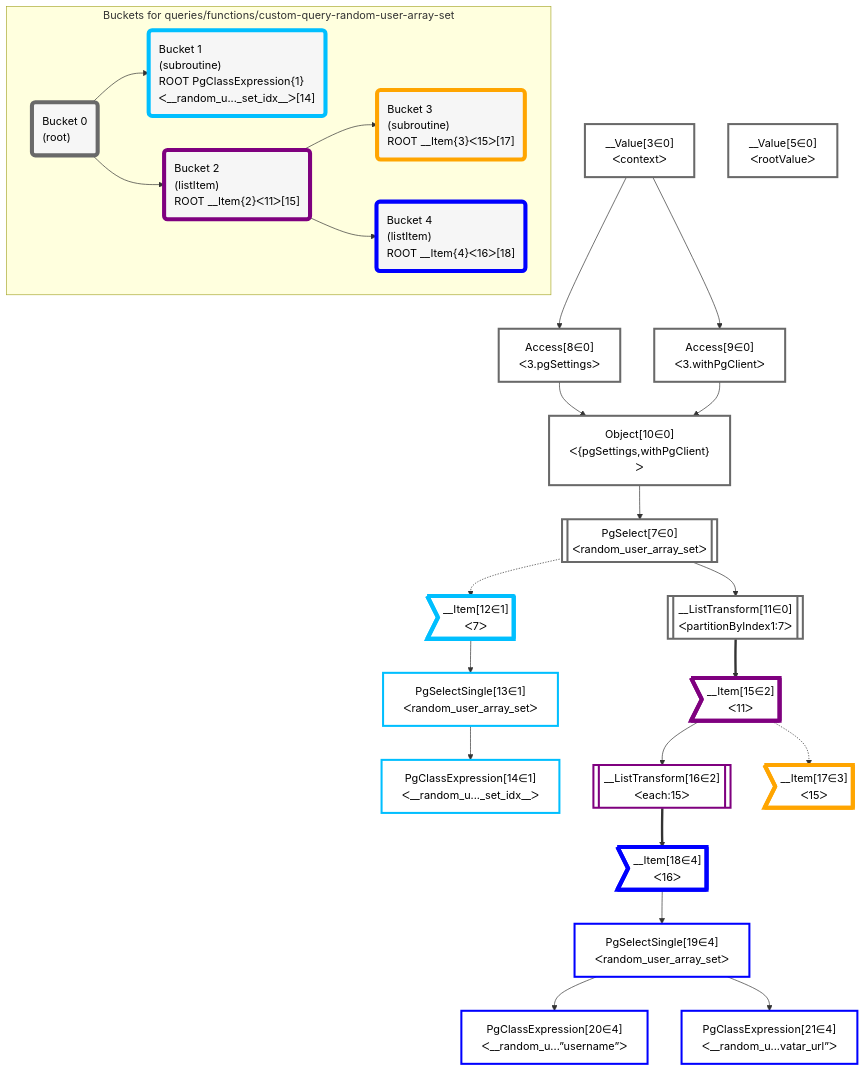
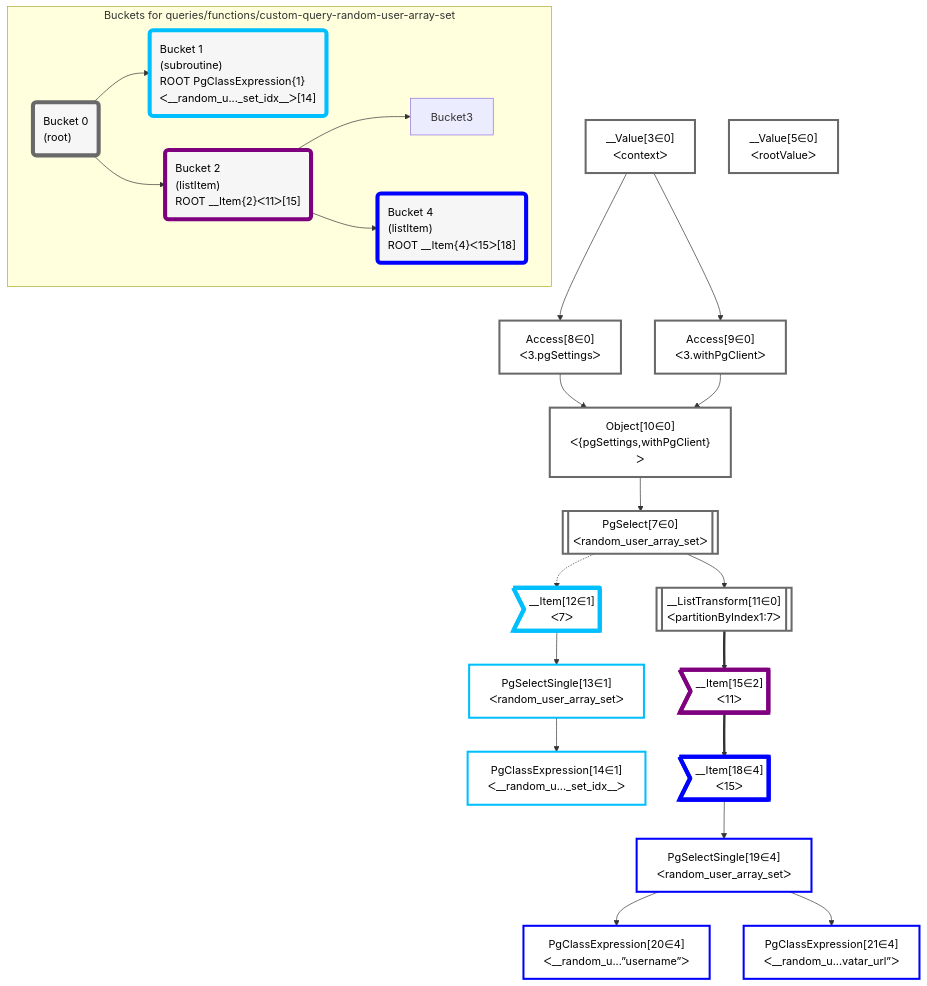
The diagram in grafast/dataplan-pg/__tests__/queries/functions/custom-query-random-user-array-set.mermaid (graphile/crystal), drawn with Mermaid before and after one commit. The commit also changed 4 other files, not shown here.

```diff
--- a/grafast/dataplan-pg/__tests__/queries/functions/custom-query-random-user-array-set.mermaid
+++ b/grafast/dataplan-pg/__tests__/queries/functions/custom-query-random-user-array-set.mermaid
@@ -1,63 +1,56 @@
 graph TD
     classDef path fill:#eee,stroke:#000,color:#000
     classDef plan fill:#fff,stroke-width:3px,color:#000
     classDef itemplan fill:#fff,stroke-width:6px,color:#000
     classDef sideeffectplan fill:#f00,stroke-width:6px,color:#000
     classDef bucket fill:#f6f6f6,color:#000,stroke-width:6px,text-align:left
 
 
     %% define steps
     __Value3["__Value[3∈0]<br />ᐸcontextᐳ"]:::plan
     __Value5["__Value[5∈0]<br />ᐸrootValueᐳ"]:::plan
     Access8["Access[8∈0]<br />ᐸ3.pgSettingsᐳ"]:::plan
     Access9["Access[9∈0]<br />ᐸ3.withPgClientᐳ"]:::plan
     Object10["Object[10∈0]<br />ᐸ{pgSettings,withPgClient}ᐳ"]:::plan
     PgSelect7[["PgSelect[7∈0]<br />ᐸrandom_user_array_setᐳ"]]:::plan
     __ListTransform11[["__ListTransform[11∈0]<br />ᐸpartitionByIndex1:7ᐳ"]]:::plan
     __Item12>"__Item[12∈1]<br />ᐸ7ᐳ"]:::itemplan
     PgSelectSingle13["PgSelectSingle[13∈1]<br />ᐸrandom_user_array_setᐳ"]:::plan
     PgClassExpression14["PgClassExpression[14∈1]<br />ᐸ__random_u..._set_idx__ᐳ"]:::plan
     __Item15>"__Item[15∈2]<br />ᐸ11ᐳ"]:::itemplan
-    __ListTransform16[["__ListTransform[16∈2]<br />ᐸeach:15ᐳ"]]:::plan
-    __Item17>"__Item[17∈3]<br />ᐸ15ᐳ"]:::itemplan
-    __Item18>"__Item[18∈4]<br />ᐸ16ᐳ"]:::itemplan
+    __Item18>"__Item[18∈4]<br />ᐸ15ᐳ"]:::itemplan
     PgSelectSingle19["PgSelectSingle[19∈4]<br />ᐸrandom_user_array_setᐳ"]:::plan
     PgClassExpression20["PgClassExpression[20∈4]<br />ᐸ__random_u...”username”ᐳ"]:::plan
     PgClassExpression21["PgClassExpression[21∈4]<br />ᐸ__random_u...vatar_url”ᐳ"]:::plan
 
     %% plan dependencies
     __Value3 --> Access8
     __Value3 --> Access9
     Access8 & Access9 --> Object10
     Object10 --> PgSelect7
     PgSelect7 --> __ListTransform11
     PgSelect7 -.-> __Item12
     __Item12 --> PgSelectSingle13
     PgSelectSingle13 --> PgClassExpression14
     __ListTransform11 ==> __Item15
-    __Item15 --> __ListTransform16
-    __Item15 -.-> __Item17
-    __ListTransform16 ==> __Item18
+    __Item15 ==> __Item18
     __Item18 --> PgSelectSingle19
     PgSelectSingle19 --> PgClassExpression20
     PgSelectSingle19 --> PgClassExpression21
 
     subgraph "Buckets for queries/functions/custom-query-random-user-array-set"
     Bucket0("Bucket 0<br />(root)"):::bucket
     classDef bucket0 stroke:#696969
     class Bucket0,__Value3,__Value5,PgSelect7,Access8,Access9,Object10,__ListTransform11 bucket0
     Bucket1("Bucket 1<br />(subroutine)<br />ROOT PgClassExpression{1}ᐸ__random_u..._set_idx__ᐳ[14]"):::bucket
     classDef bucket1 stroke:#00bfff
     class Bucket1,__Item12,PgSelectSingle13,PgClassExpression14 bucket1
     Bucket2("Bucket 2<br />(listItem)<br />ROOT __Item{2}ᐸ11ᐳ[15]"):::bucket
     classDef bucket2 stroke:#7f007f
-    class Bucket2,__Item15,__ListTransform16 bucket2
-    Bucket3("Bucket 3<br />(subroutine)<br />ROOT __Item{3}ᐸ15ᐳ[17]"):::bucket
-    classDef bucket3 stroke:#ffa500
-    class Bucket3,__Item17 bucket3
-    Bucket4("Bucket 4<br />(listItem)<br />ROOT __Item{4}ᐸ16ᐳ[18]"):::bucket
+    class Bucket2,__Item15 bucket2
+    Bucket4("Bucket 4<br />(listItem)<br />ROOT __Item{4}ᐸ15ᐳ[18]"):::bucket
     classDef bucket4 stroke:#0000ff
     class Bucket4,__Item18,PgSelectSingle19,PgClassExpression20,PgClassExpression21 bucket4
     Bucket0 --> Bucket1 & Bucket2
     Bucket2 --> Bucket3 & Bucket4
     end
```
